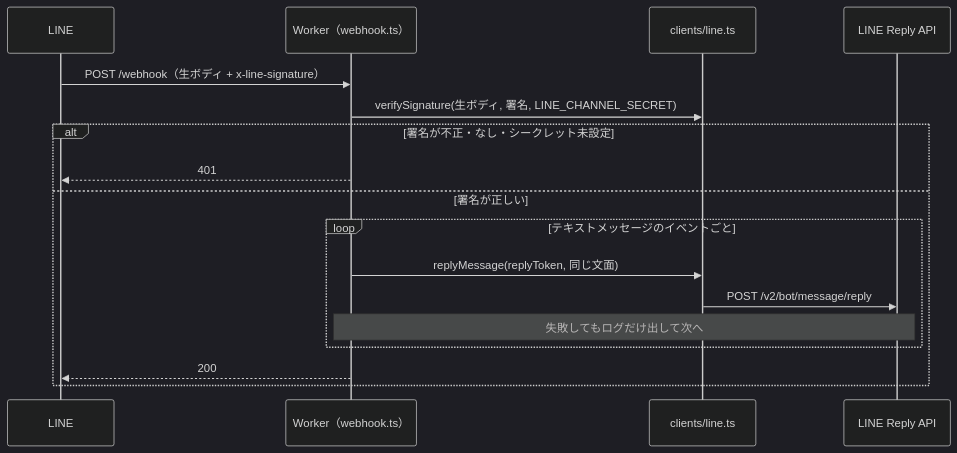
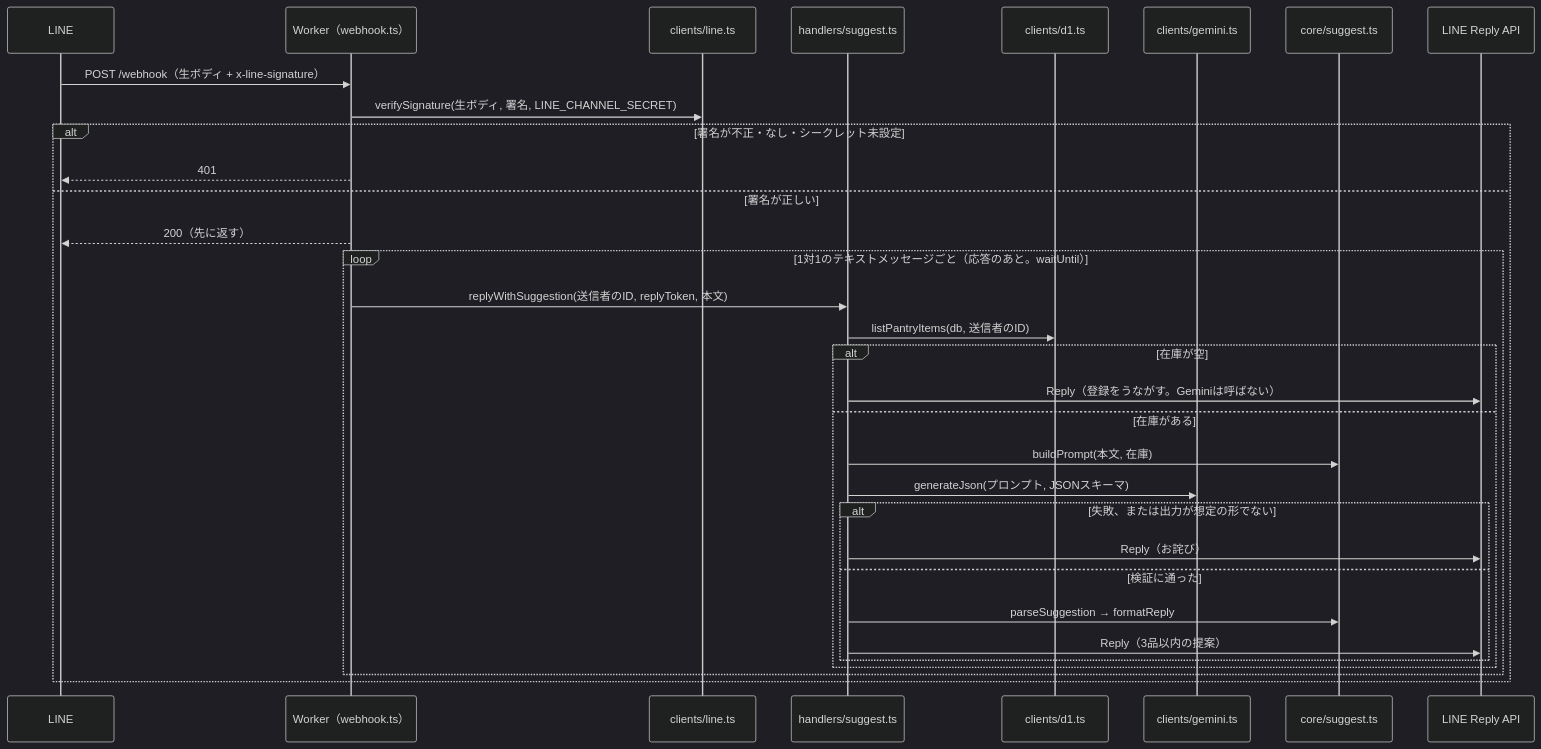
One commit to chelfansea-engineer/kondate-bot changed the third of 6 diagrams in docs/design.md. Above: the diagram before and after it, drawn with Mermaid (dark theme). The commit also changed other lines of this file and 2 other files, not shown here.

````diff
--- a/docs/design.md
+++ b/docs/design.md
@@ -90,20 +100,35 @@
 ```mermaid
 sequenceDiagram
   participant L as LINE
   participant W as Worker（webhook.ts）
   participant C as clients/line.ts
+  participant S as handlers/suggest.ts
+  participant D as clients/d1.ts
+  participant G as clients/gemini.ts
+  participant K as core/suggest.ts
   participant R as LINE Reply API
 
   L->>W: POST /webhook（生ボディ + x-line-signature）
   W->>C: verifySignature(生ボディ, 署名, LINE_CHANNEL_SECRET)
   alt 署名が不正・なし・シークレット未設定
     W-->>L: 401
   else 署名が正しい
-    loop テキストメッセージのイベントごと
-      W->>C: replyMessage(replyToken, 同じ文面)
-      C->>R: POST /v2/bot/message/reply
-      Note over W,R: 失敗してもログだけ出して次へ
+    W-->>L: 200（先に返す）
+    loop 1対1のテキストメッセージごと（応答のあと。waitUntil）
+      W->>S: replyWithSuggestion(送信者のID, replyToken, 本文)
+      S->>D: listPantryItems(db, 送信者のID)
+      alt 在庫が空
+        S->>R: Reply（登録をうながす。Geminiは呼ばない）
+      else 在庫がある
+        S->>K: buildPrompt(本文, 在庫)
+        S->>G: generateJson(プロンプト, JSONスキーマ)
+        alt 失敗、または出力が想定の形でない
+          S->>R: Reply（お詫び）
+        else 検証に通った
+          S->>K: parseSuggestion → formatReply
+          S->>R: Reply（3品以内の提案）
+        end
+      end
     end
-    W-->>L: 200
   end
 ```
````
